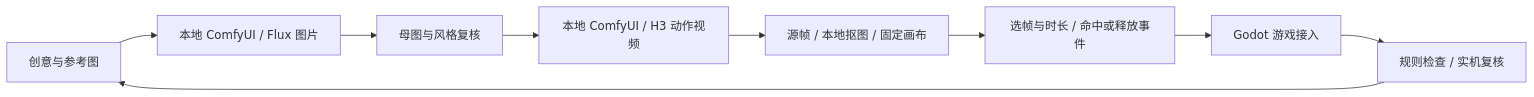
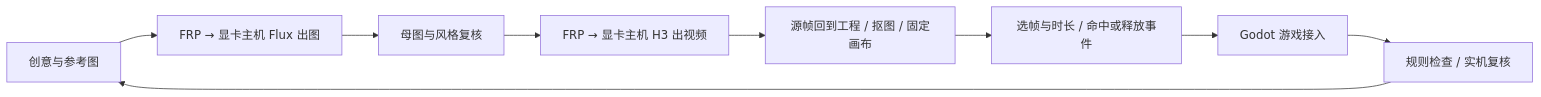
Before and after one commit to Luna1040/RPGMakerLuna: the second of 2 diagrams in README.md, drawn with Mermaid. The commit also changed other lines of this file and 9 other files, not shown here.

````diff
--- a/README.md
+++ b/README.md
@@ -302,11 +297,11 @@
 ```mermaid
 flowchart LR
-    A[创意与参考图] --> B[本地 ComfyUI / Flux 图片]
+    A[创意与参考图] --> B[FRP → 显卡主机 Flux 出图]
     B --> C[母图与风格复核]
-    C --> D[本地 ComfyUI / H3 动作视频]
-    D --> E[源帧 / 本地抠图 / 固定画布]
+    C --> D[FRP → 显卡主机 H3 出视频]
+    D --> E[源帧回到工程 / 抠图 / 固定画布]
     E --> F[选帧与时长 / 命中或释放事件]
     F --> G[Godot 游戏接入]
     G --> H[规则检查 / 实机复核]
     H --> A
 ```
````
